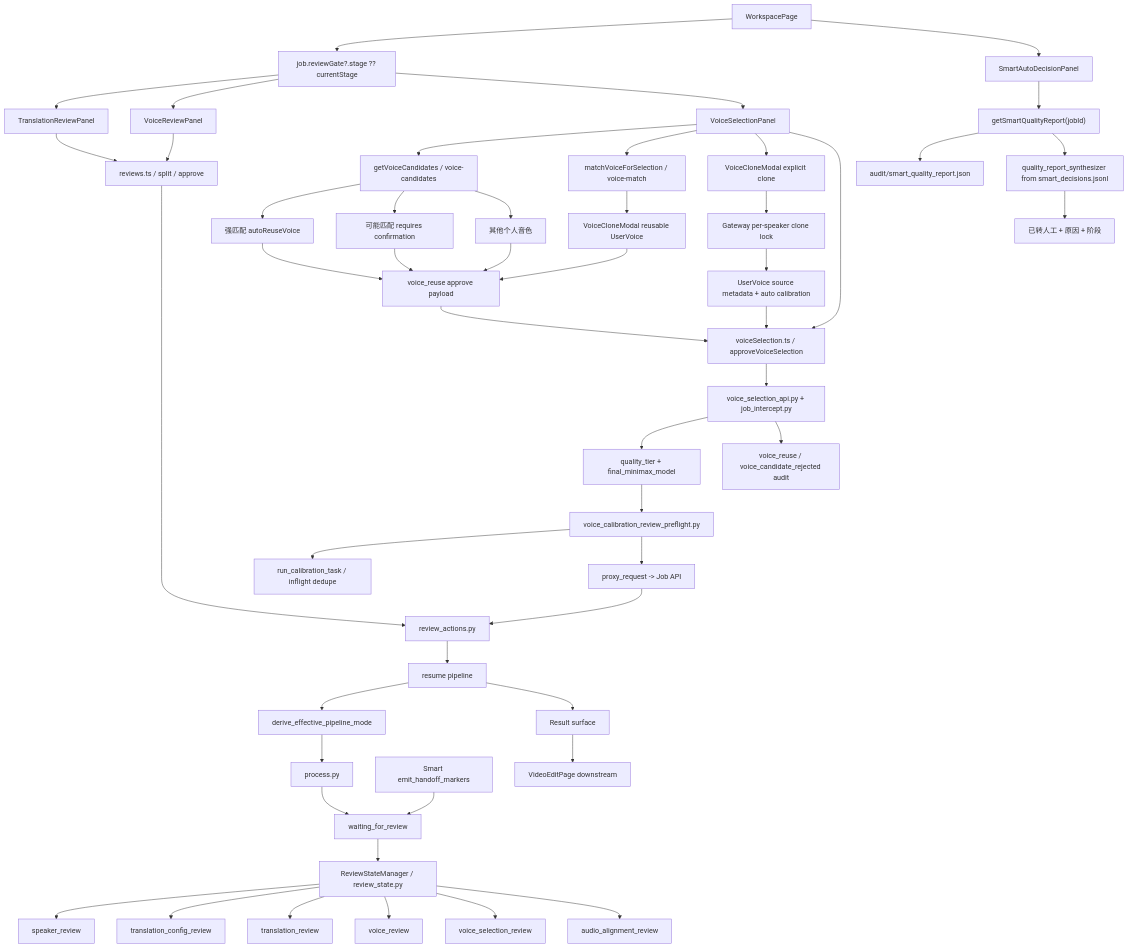
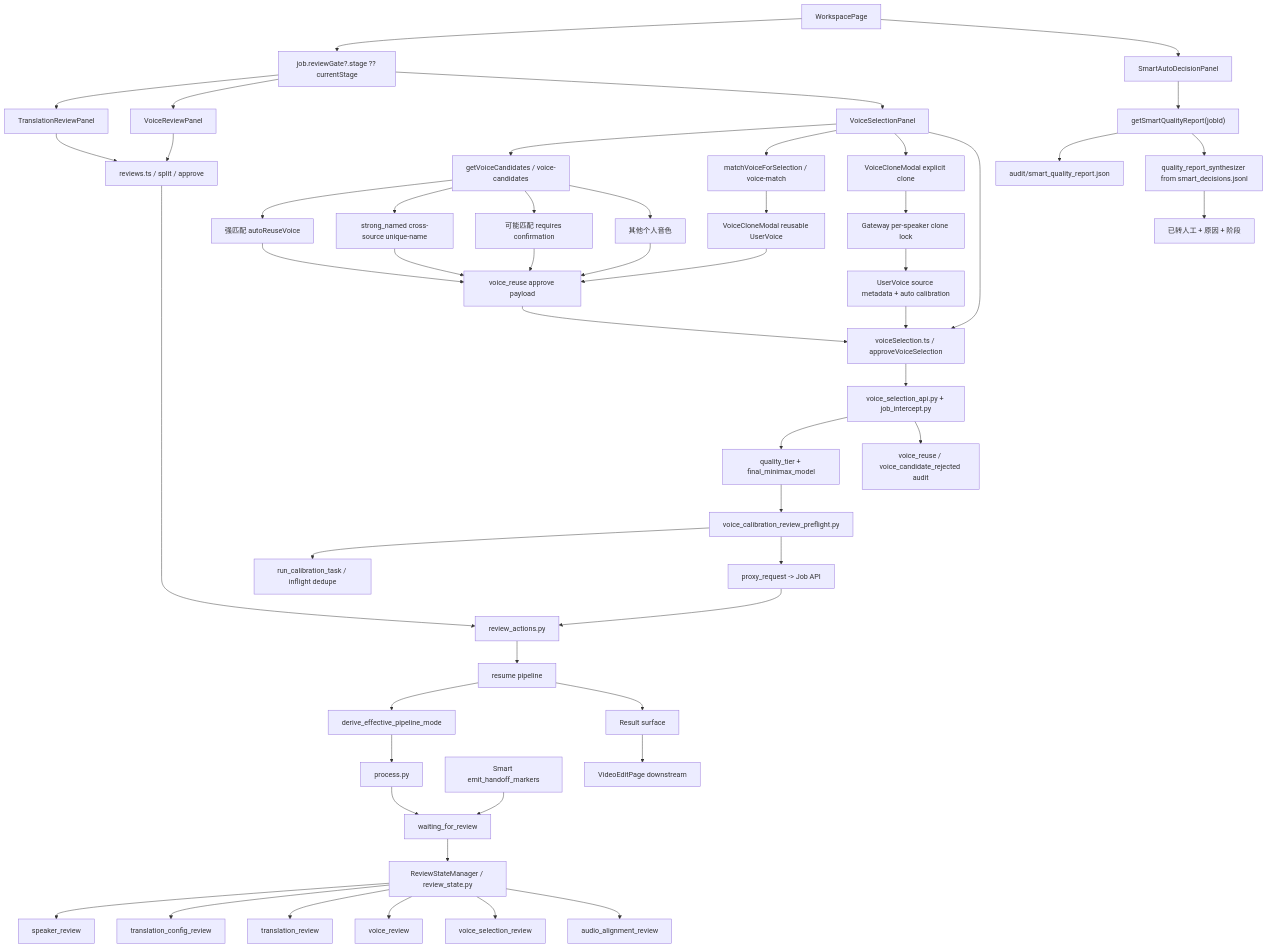
Before and after one commit to sun9bear/AITransVideo: the diagram in docs/graphs/GITNEXUS_REVIEW_GRAPH.md, drawn with Mermaid. The commit also changed other lines of this file and 12 other files, not shown here.

Commit message:
docs(graphs): refresh GitNexus maps for May 24

````diff
--- a/docs/graphs/GITNEXUS_REVIEW_GRAPH.md
+++ b/docs/graphs/GITNEXUS_REVIEW_GRAPH.md
@@ -19,58 +19,60 @@
 ```mermaid
 graph TD
     Pipeline["process.py"] --> Pending["waiting_for_review"]
     SmartHandoff["Smart emit_handoff_markers"] --> Pending
     Pending --> ReviewState["ReviewStateManager / review_state.py"]
 
     ReviewState --> Speaker["speaker_review"]
     ReviewState --> Config["translation_config_review"]
     ReviewState --> Translation["translation_review"]
     ReviewState --> Voice["voice_review"]
     ReviewState --> VoiceSelect["voice_selection_review"]
     ReviewState --> AudioAlign["audio_alignment_review"]
 
     Workspace["WorkspacePage"] --> Gate["job.reviewGate?.stage ?? currentStage"]
     Gate --> TranslationPanel["TranslationReviewPanel"]
     Gate --> VoicePanel["VoiceReviewPanel"]
     Gate --> VoiceSelectPanel["VoiceSelectionPanel"]
     Workspace --> SmartPanel["SmartAutoDecisionPanel"]
 
     SmartPanel --> QualityApi["getSmartQualityReport(jobId)"]
     QualityApi --> QualityFile["audit/smart_quality_report.json"]
     QualityApi --> Synth["quality_report_synthesizer from smart_decisions.jsonl"]
     Synth --> HandoffView["已转人工 + 原因 + 阶段"]
 
     TranslationPanel --> ReviewApi["reviews.ts / split / approve"]
     VoicePanel --> ReviewApi
     ReviewApi --> ReviewActions["review_actions.py"]
 
     VoiceSelectPanel --> CandidateApi["getVoiceCandidates / voice-candidates"]
     CandidateApi --> StrongReuse["强匹配 autoReuseVoice"]
+    CandidateApi --> StrongNamed["strong_named cross-source unique-name"]
     CandidateApi --> PossibleCandidates["可能匹配 requires confirmation"]
     CandidateApi --> OtherPersonal["其他个人音色"]
     StrongReuse --> ReuseApprove["voice_reuse approve payload"]
+    StrongNamed --> ReuseApprove
     PossibleCandidates --> ReuseApprove
     OtherPersonal --> ReuseApprove
     VoiceSelectPanel --> VoiceMatch["matchVoiceForSelection / voice-match"]
     VoiceMatch --> ReuseCard["VoiceCloneModal reusable UserVoice"]
     ReuseCard --> ReuseApprove
     VoiceSelectPanel --> CloneModal["VoiceCloneModal explicit clone"]
     CloneModal --> CloneLock["Gateway per-speaker clone lock"]
     CloneLock --> CloneResult["UserVoice source metadata + auto calibration"]
     VoiceSelectPanel --> VoiceApi["voiceSelection.ts / approveVoiceSelection"]
     ReuseApprove --> VoiceApi
     CloneResult --> VoiceApi
     VoiceApi --> VoiceGateway["voice_selection_api.py + job_intercept.py"]
     VoiceGateway --> QualitySync["quality_tier + final_minimax_model"]
     VoiceGateway --> CandidateAudit["voice_reuse / voice_candidate_rejected audit"]
     QualitySync --> Preflight["voice_calibration_review_preflight.py"]
     Preflight --> CalibTask["run_calibration_task / inflight dedupe"]
     Preflight --> Proxy["proxy_request -> Job API"]
     Proxy --> ReviewActions
 
     ReviewActions --> Resume["resume pipeline"]
     Resume --> EffectiveMode["derive_effective_pipeline_mode"]
     EffectiveMode --> Pipeline
     Resume --> Result["Result surface"]
     Result --> Edit["VideoEditPage downstream"]
 ```
````
